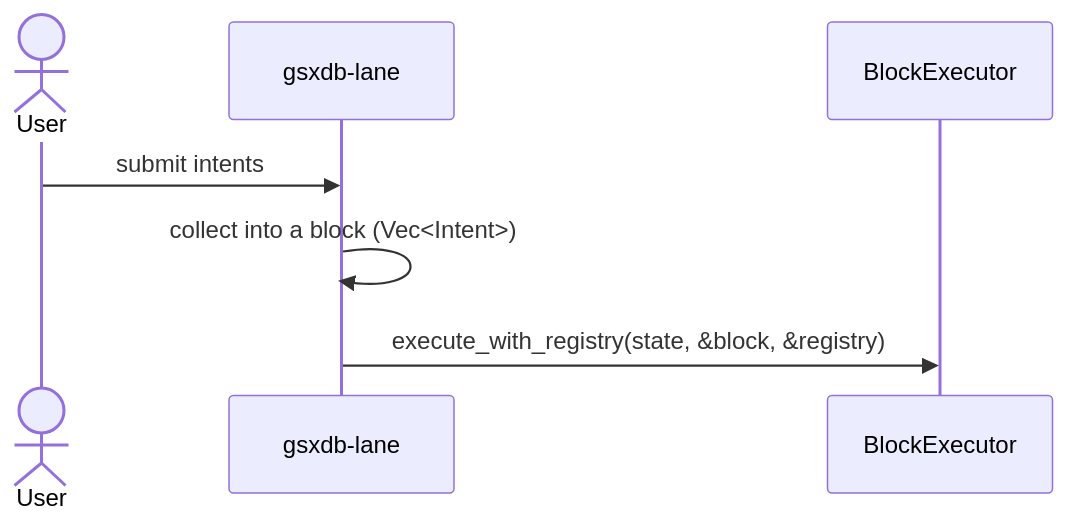
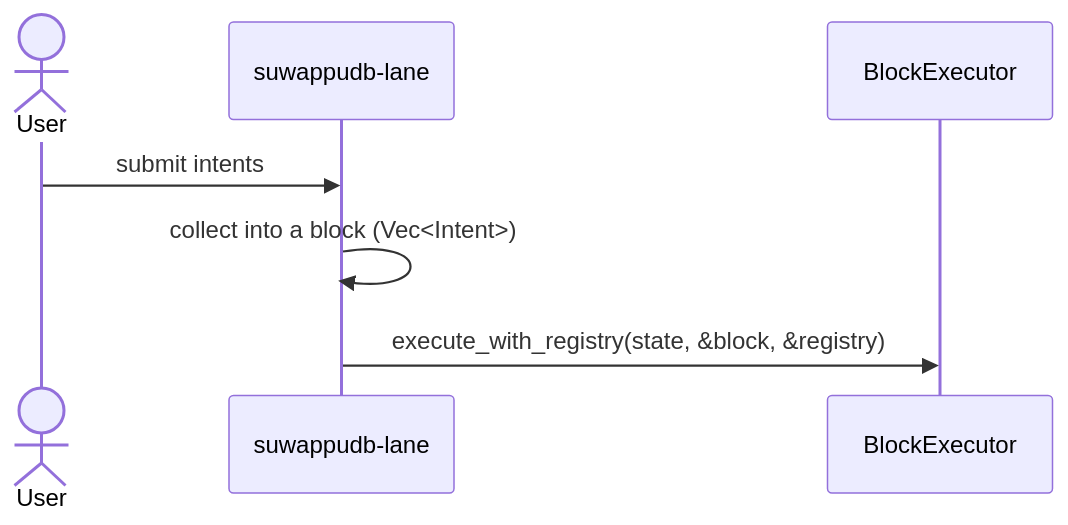
One commit to Suwappu-Labs/suwappu-db changed the second of 10 diagrams in docs/architecture/data-flow.md. Above: the diagram before and after it, drawn with Mermaid. The commit also changed other lines of this file and 232 other files, not shown here.

````diff
--- a/docs/architecture/data-flow.md
+++ b/docs/architecture/data-flow.md
@@ -46,9 +46,9 @@
 ```mermaid
 sequenceDiagram
     actor User
-    participant Lane as gsxdb-lane
+    participant Lane as suwappudb-lane
     participant Block as BlockExecutor
     User->>Lane: submit intents
     Lane->>Lane: collect into a block (Vec<Intent>)
     Lane->>Block: execute_with_registry(state, &block, &registry)
 ```
````
